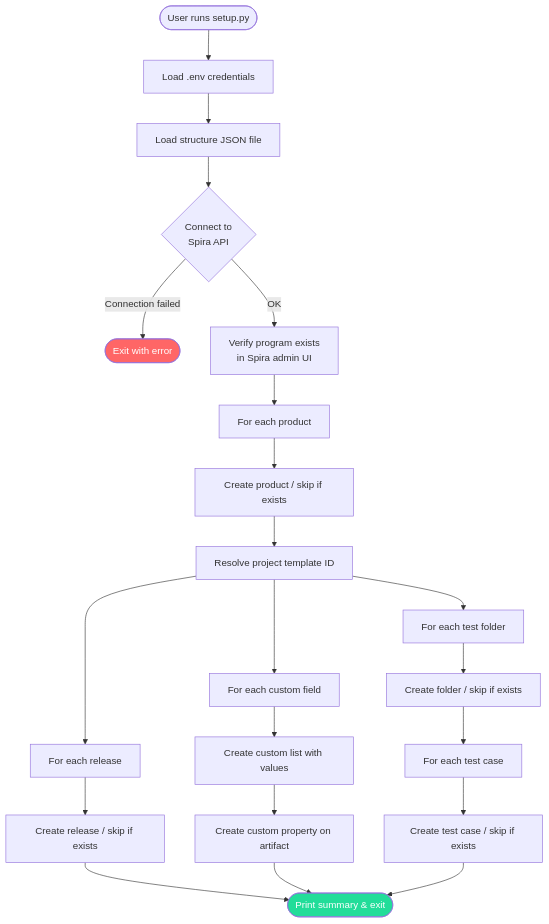
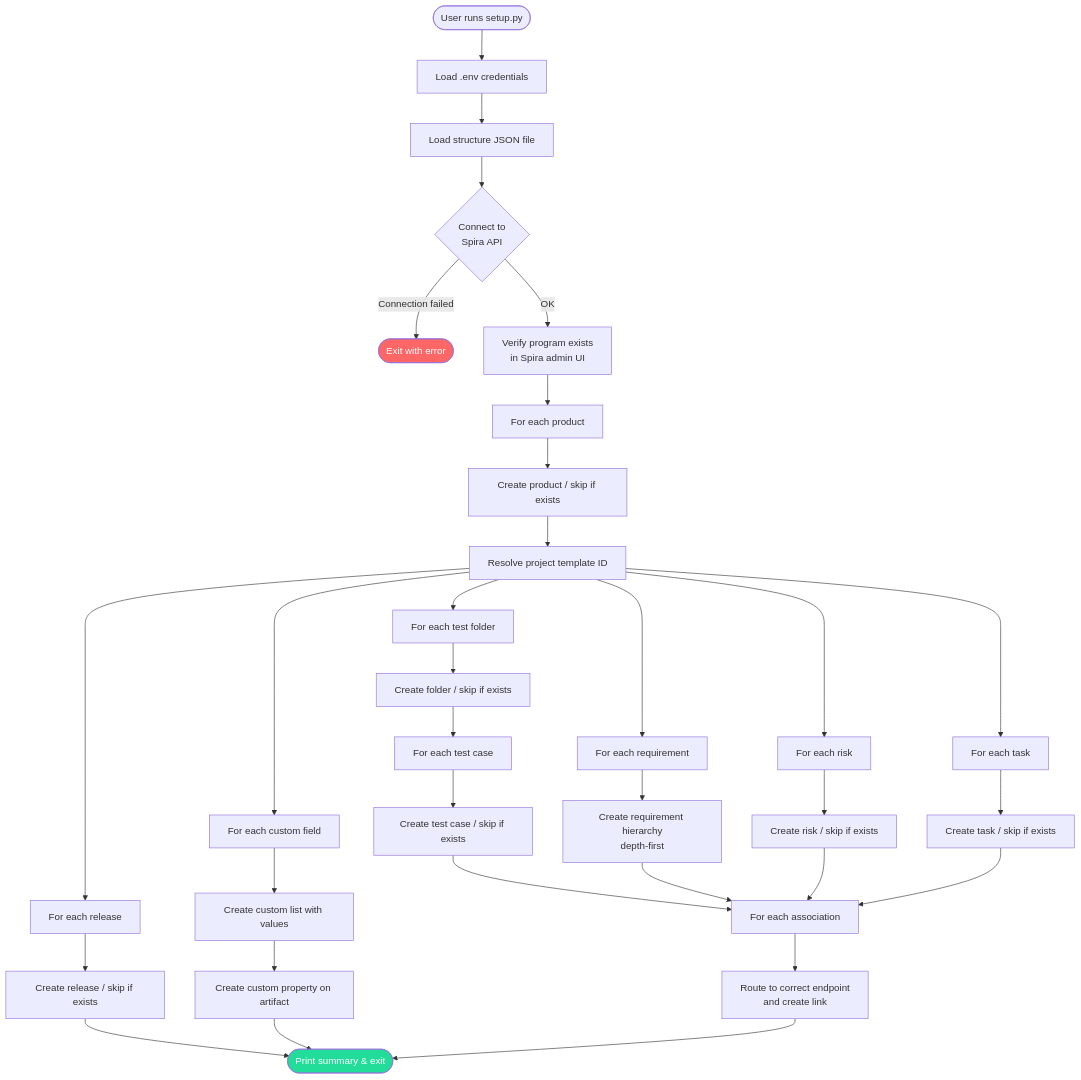
The diagram in README.md (dermotcanniffe/SpiraProvisioner), drawn with Mermaid before and after one commit. The commit also changed other lines of this file and 11 other files, not shown here.

````diff
--- a/README.md
+++ b/README.md
@@ -9,32 +9,47 @@
 ```mermaid
 flowchart TD
     A([User runs setup.py]) --> B[Load .env credentials]
     B --> C[Load structure JSON file]
     C --> D{Connect to\nSpira API}
     D -->|Connection failed| E([Exit with error])
     D -->|OK| F[Verify program exists\nin Spira admin UI]
 
     F --> G[For each product]
 
     G --> H[Create product / skip if exists]
     H --> I[Resolve project template ID]
 
     I --> J[For each release]
     J --> K[Create release / skip if exists]
 
     I --> L[For each custom field]
     L --> M[Create custom list with values]
     M --> N[Create custom property on artifact]
 
     I --> O[For each test folder]
     O --> P[Create folder / skip if exists]
     P --> Q[For each test case]
     Q --> R[Create test case / skip if exists]
 
+    I --> REQ[For each requirement]
+    REQ --> REQ2[Create requirement hierarchy\ndepth-first]
+
+    I --> RSK[For each risk]
+    RSK --> RSK2[Create risk / skip if exists]
+
+    I --> TSK[For each task]
+    TSK --> TSK2[Create task / skip if exists]
+
+    R --> ASSOC
+    REQ2 --> ASSOC
+    RSK2 --> ASSOC
+    TSK2 --> ASSOC[For each association]
+    ASSOC --> ASSOC2[Route to correct endpoint\nand create link]
+
     K --> S
     N --> S
-    R --> S([Print summary & exit])
+    ASSOC2 --> S([Print summary & exit])
 
     style E fill:#f66,color:#fff
     style S fill:#2d9,color:#fff
 ```
````
